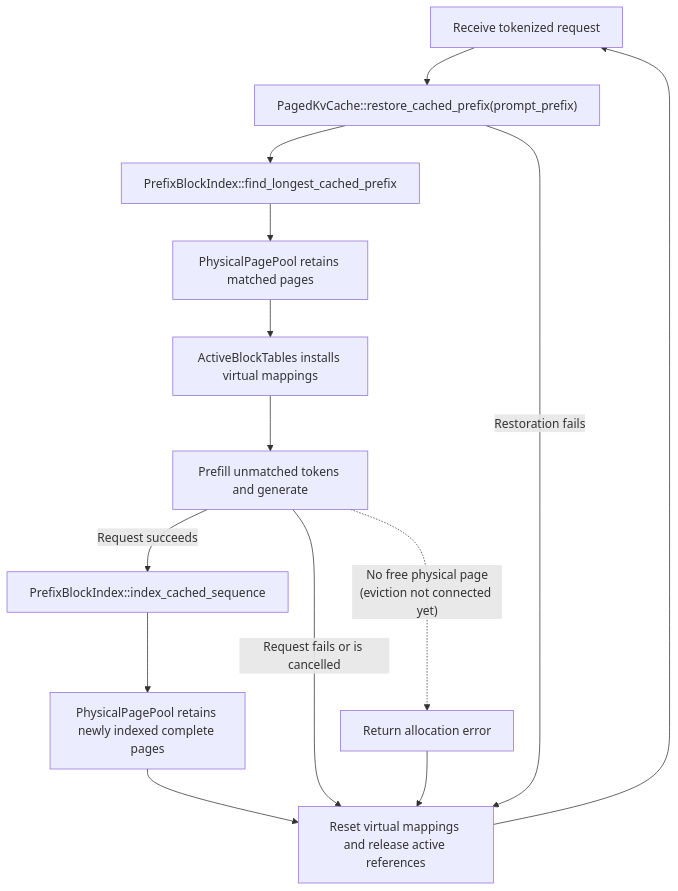
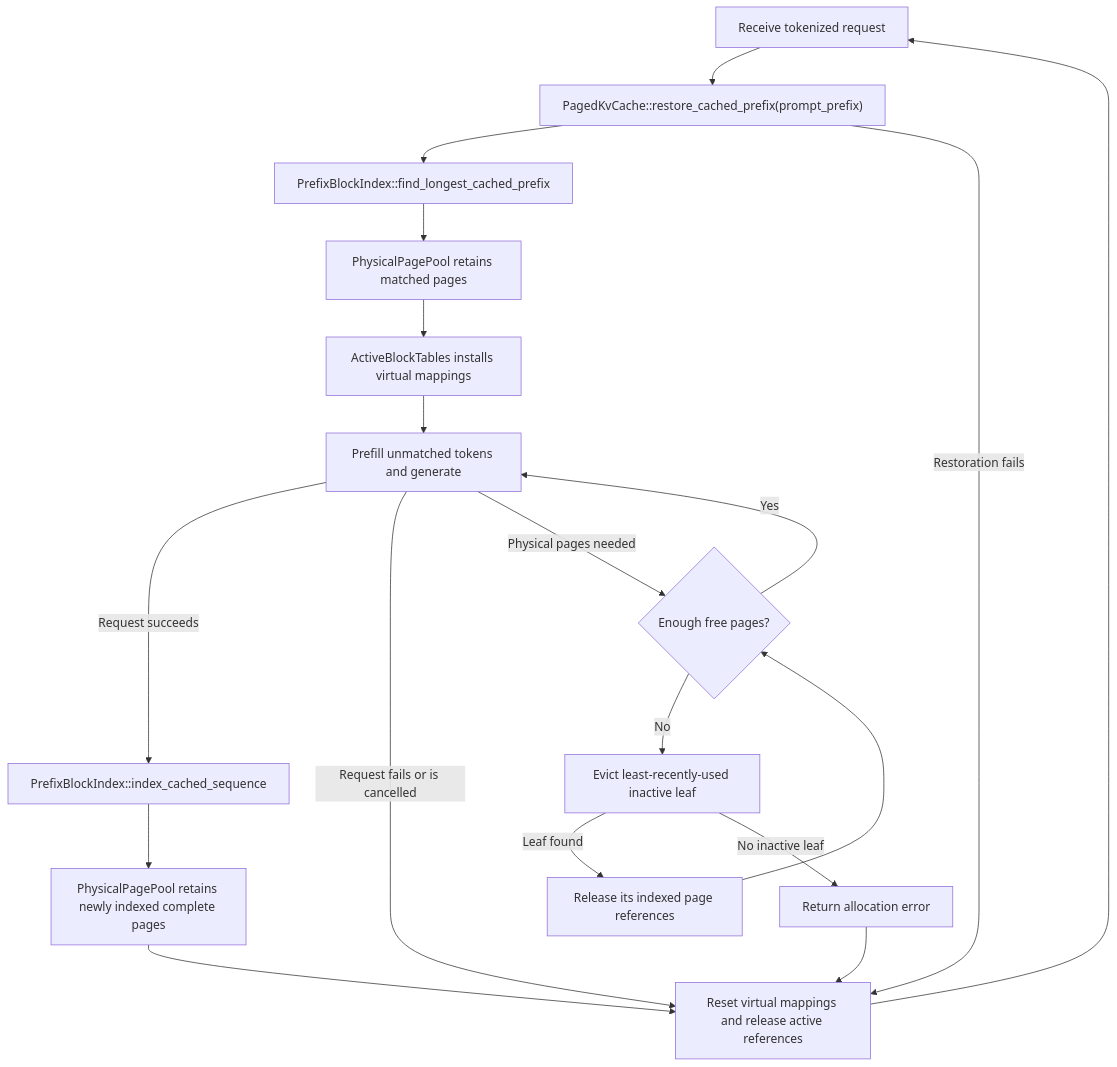
The diagram in src/model_runner/server/kv_cache/README.md (lun0522/mini-vllm-rs), drawn with Mermaid before and after one commit. The commit also changed other lines of this file and 3 other files, not shown here.

````diff
--- a/src/model_runner/server/kv_cache/README.md
+++ b/src/model_runner/server/kv_cache/README.md
@@ -37,17 +37,21 @@
 ```mermaid
 flowchart TD
     Request[Receive tokenized request] --> Restore["PagedKvCache::restore_cached_prefix(prompt_prefix)"]
     Restore --> Find["PrefixBlockIndex::find_longest_cached_prefix"]
     Find --> RetainMatch["PhysicalPagePool retains matched pages"]
     RetainMatch --> Attach["ActiveBlockTables installs virtual mappings"]
     Attach --> Work[Prefill unmatched tokens and generate]
     Work -->|Request succeeds| Index["PrefixBlockIndex::index_cached_sequence"]
     Index --> RetainNew["PhysicalPagePool retains newly indexed complete pages"]
     RetainNew --> Reset["Reset virtual mappings and release active references"]
     Work -->|Request fails or is cancelled| Reset
     Restore -->|Restoration fails| Reset
     Reset --> Request
-
-    Work -. "No free physical page<br/>(eviction not connected yet)" .-> Fail[Return allocation error]
+    Work -->|Physical pages needed| Available{Enough free pages?}
+    Available -->|Yes| Work
+    Available -->|No| Evict["Evict least-recently-used inactive leaf"]
+    Evict -->|Leaf found| Release["Release its indexed page references"]
+    Release --> Available
+    Evict -->|No inactive leaf| Fail[Return allocation error]
     Fail --> Reset
 ```
````
